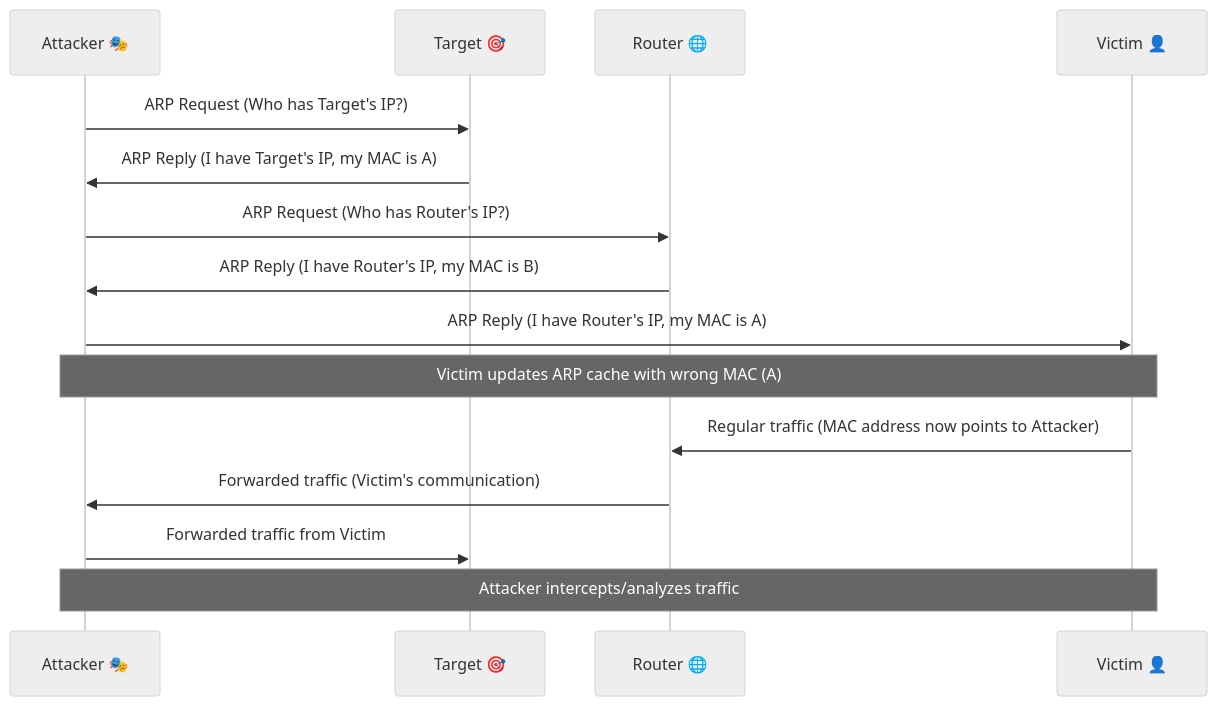
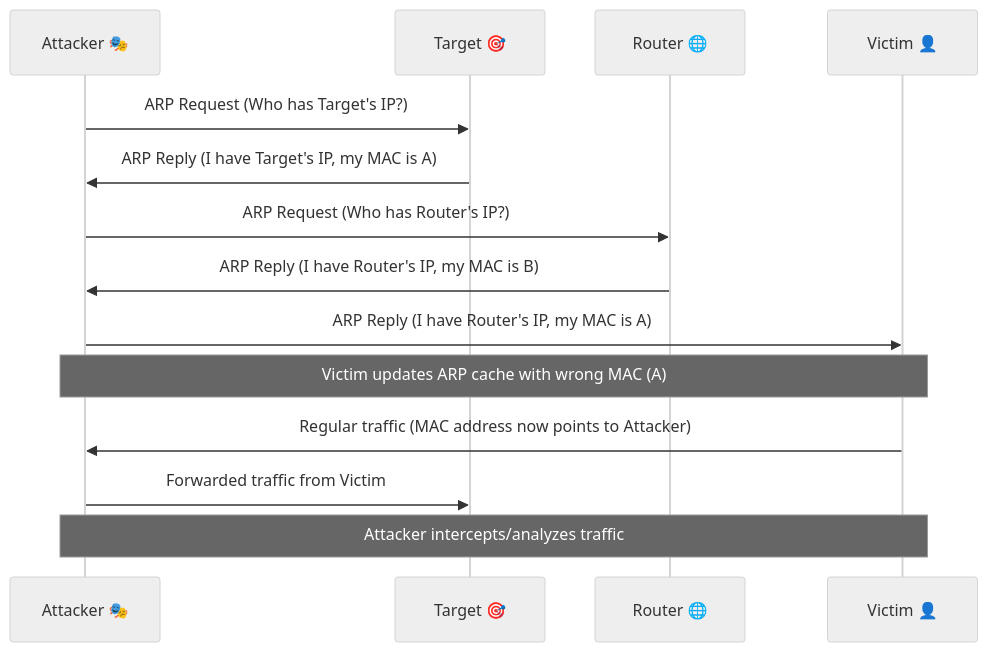
The second of 4 diagrams in report/index.qmd (saidsay-so/scattack), drawn with Mermaid (neutral theme) before and after one commit. The commit also changed other lines of this file and 3 other files, not shown here.

````diff
--- a/report/index.qmd
+++ b/report/index.qmd
@@ -103,31 +128,30 @@
 ```{mermaid}
 %%| label: fig-arp-cache-poisoning
-%%| fig-width: 4
+%%| fig-width: 5.5
 %%| fig-cap: ARP cache poisoning attack sequence diagram
 
 sequenceDiagram
     participant Attacker as Attacker 🎭
     participant Target as Target 🎯
     participant Router as Router 🌐
     participant Victim as Victim 👤
 
     # Initialization phase
     Attacker->>Target: ARP Request (Who has Target's IP?)
     Target->>Attacker: ARP Reply (I have Target's IP, my MAC is A)
     Attacker->>Router: ARP Request (Who has Router's IP?)
     Router->>Attacker: ARP Reply (I have Router's IP, my MAC is B)
 
     # ARP Cache Poisoning phase
     Attacker->>Victim: ARP Reply (I have Router's IP, my MAC is A)
     Note over Attacker,Victim: Victim updates ARP cache with wrong MAC (A)
 
     # Traffic redirection phase
-    Victim->>Router: Regular traffic (MAC address now points to Attacker)
-    Router->>Attacker: Forwarded traffic (Victim's communication)
+    Victim->>Attacker: Regular traffic (MAC address now points to Attacker)
 
     # Optional: Attacker forwarding traffic to real Target
     Attacker->>Target: Forwarded traffic from Victim
 
     # Ongoing exploitation
     Note over Attacker,Victim: Attacker intercepts/analyzes traffic
 ```
````
